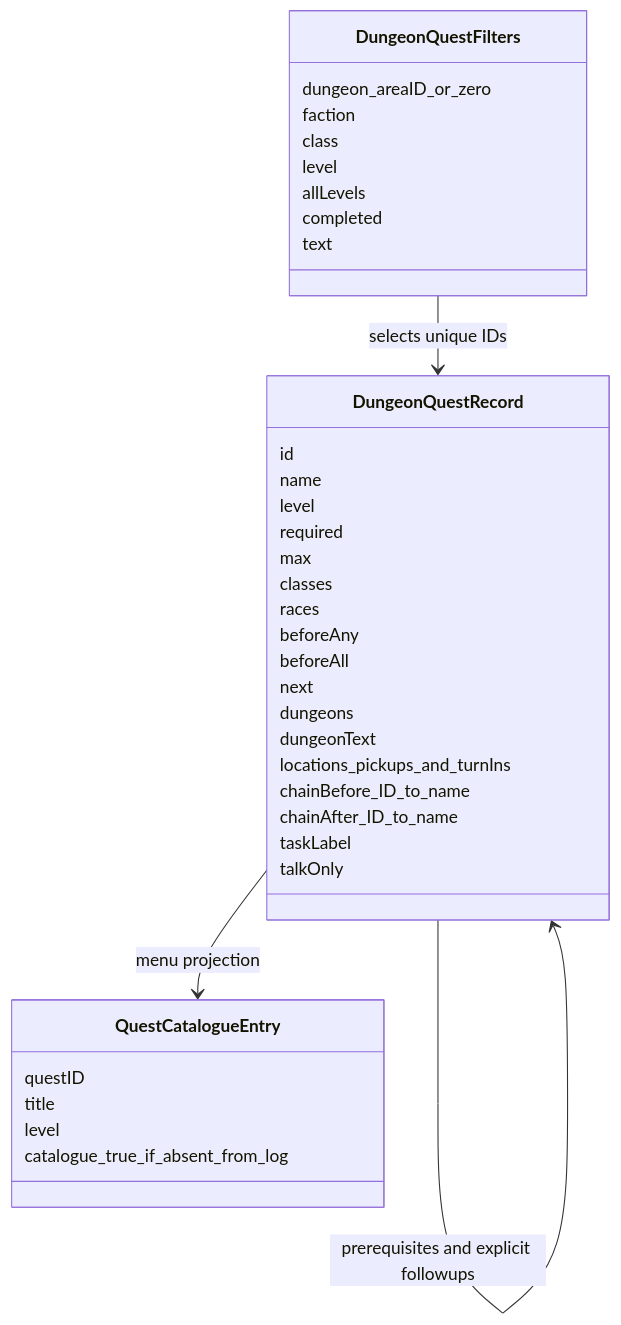
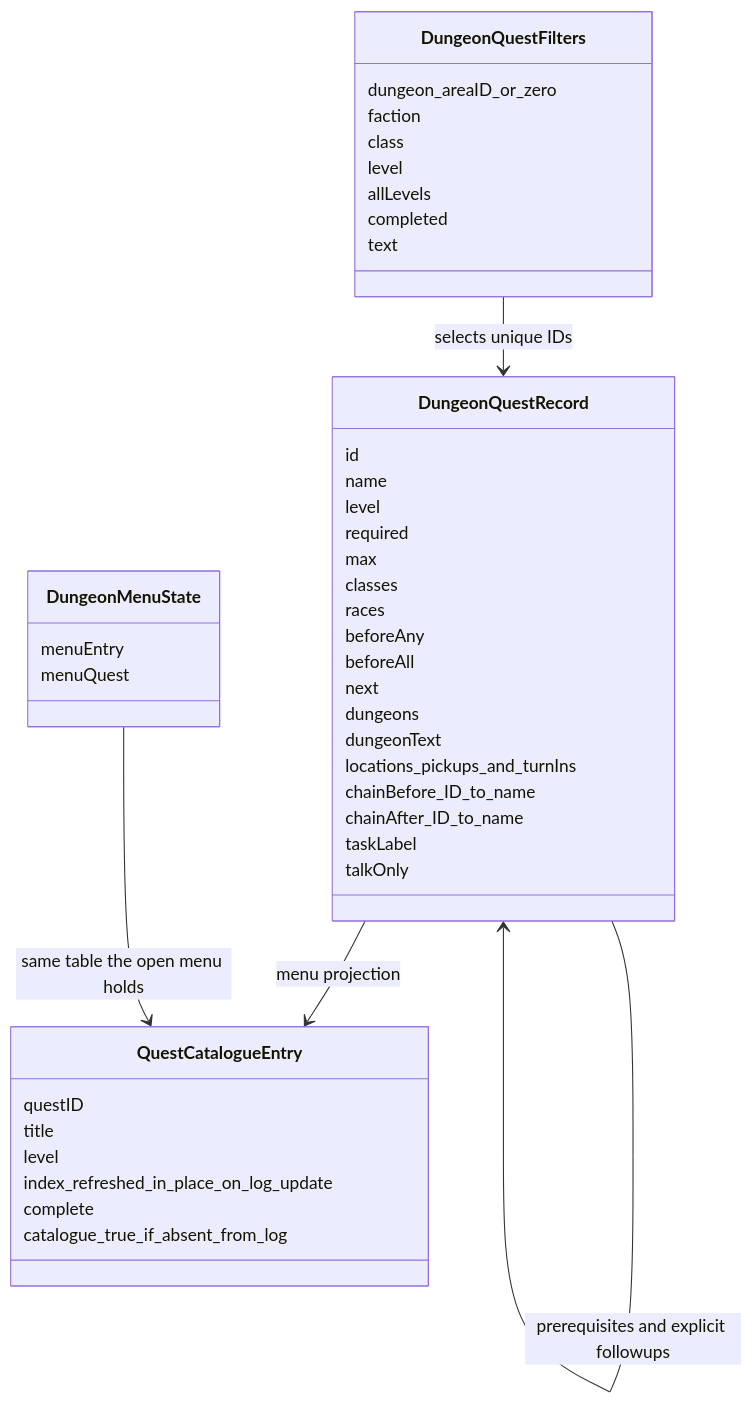
Before and after one commit to YodaGitMaster/QuestSharing: diagram 27 of 28 in context/architecture.md, drawn with Mermaid. The commit also changed other lines of this file and 90 other files, not shown here.

````diff
--- a/context/architecture.md
+++ b/context/architecture.md
@@ -889,40 +830,47 @@
 ```mermaid
 classDiagram
     class DungeonQuestRecord {
         id
         name
         level
         required
         max
         classes
         races
         beforeAny
         beforeAll
         next
         dungeons
         dungeonText
         locations_pickups_and_turnIns
         chainBefore_ID_to_name
         chainAfter_ID_to_name
         taskLabel
         talkOnly
     }
     class DungeonQuestFilters {
         dungeon_areaID_or_zero
         faction
         class
         level
         allLevels
         completed
         text
     }
     class QuestCatalogueEntry {
         questID
         title
         level
+        index_refreshed_in_place_on_log_update
+        complete
         catalogue_true_if_absent_from_log
+    }
+    class DungeonMenuState {
+        menuEntry
+        menuQuest
     }
     DungeonQuestFilters --> DungeonQuestRecord : selects unique IDs
     DungeonQuestRecord --> DungeonQuestRecord : prerequisites and explicit followups
     DungeonQuestRecord --> QuestCatalogueEntry : menu projection
+    DungeonMenuState --> QuestCatalogueEntry : same table the open menu holds
 ```
````
